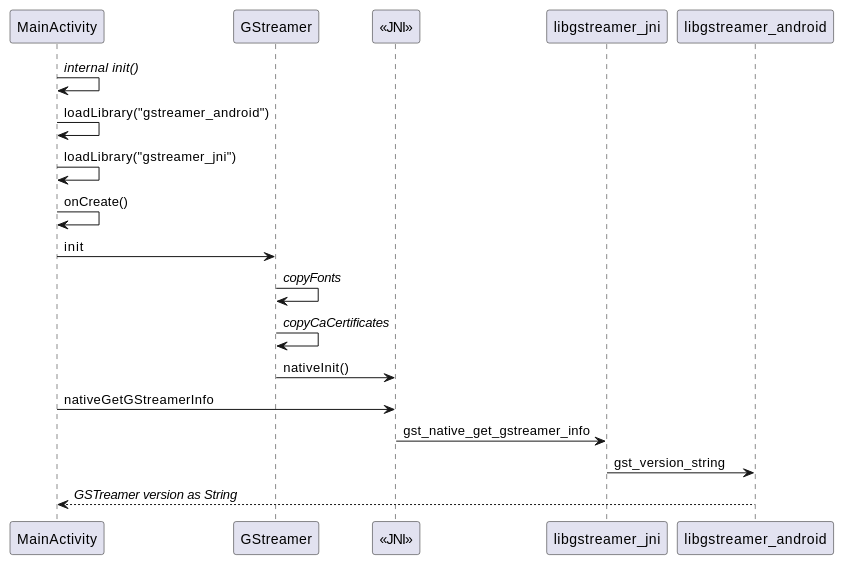
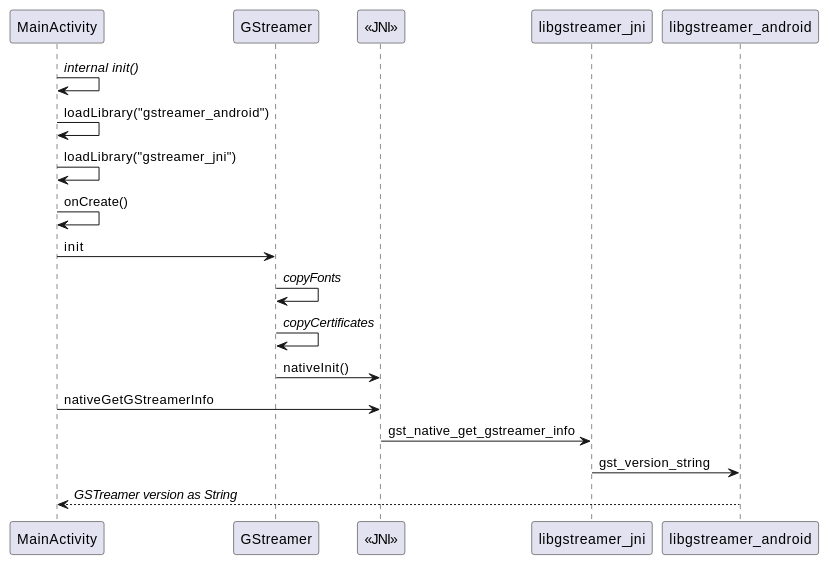
Before and after one commit to dothanhdathp/taddev: the diagram in docs/Framework/GStreamer/gstreamer-android-tutorial-1.md, drawn with PlantUML. The commit also changed 2 other files, not shown here.

````diff
--- a/docs/Framework/GStreamer/gstreamer-android-tutorial-1.md
+++ b/docs/Framework/GStreamer/gstreamer-android-tutorial-1.md
@@ -99,22 +99,22 @@
 ```puml
 @startuml
 participant MainActivity
 participant GStreamer
 participant "<<JNI>>"
 participant libgstreamer_jni
 participant libgstreamer_android
 
 MainActivity -> MainActivity: //internal init()//
 MainActivity -> MainActivity: loadLibrary("gstreamer_android")
 MainActivity -> MainActivity: loadLibrary("gstreamer_jni")
 MainActivity -> MainActivity: onCreate()
 MainActivity -> GStreamer : init
 GStreamer -> GStreamer : //copyFonts//
-GStreamer -> GStreamer : //copyCaCertificates//
+GStreamer -> GStreamer : //copyCertificates//
 GStreamer -> "<<JNI>>" : nativeInit()
 MainActivity -> "<<JNI>>" : nativeGetGStreamerInfo
 "<<JNI>>" -> libgstreamer_jni : gst_native_get_gstreamer_info
 libgstreamer_jni -> libgstreamer_android : gst_version_string
 libgstreamer_android --> MainActivity : //GSTreamer version as String//
 @enduml
 ```
````
